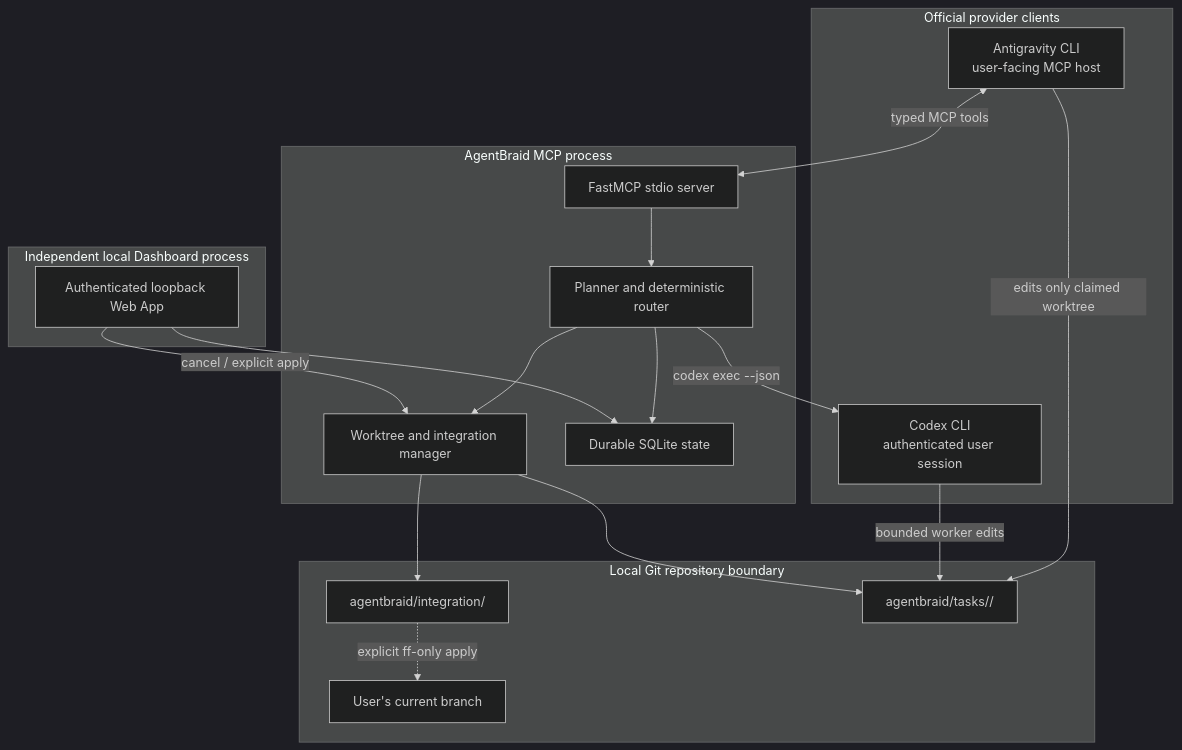
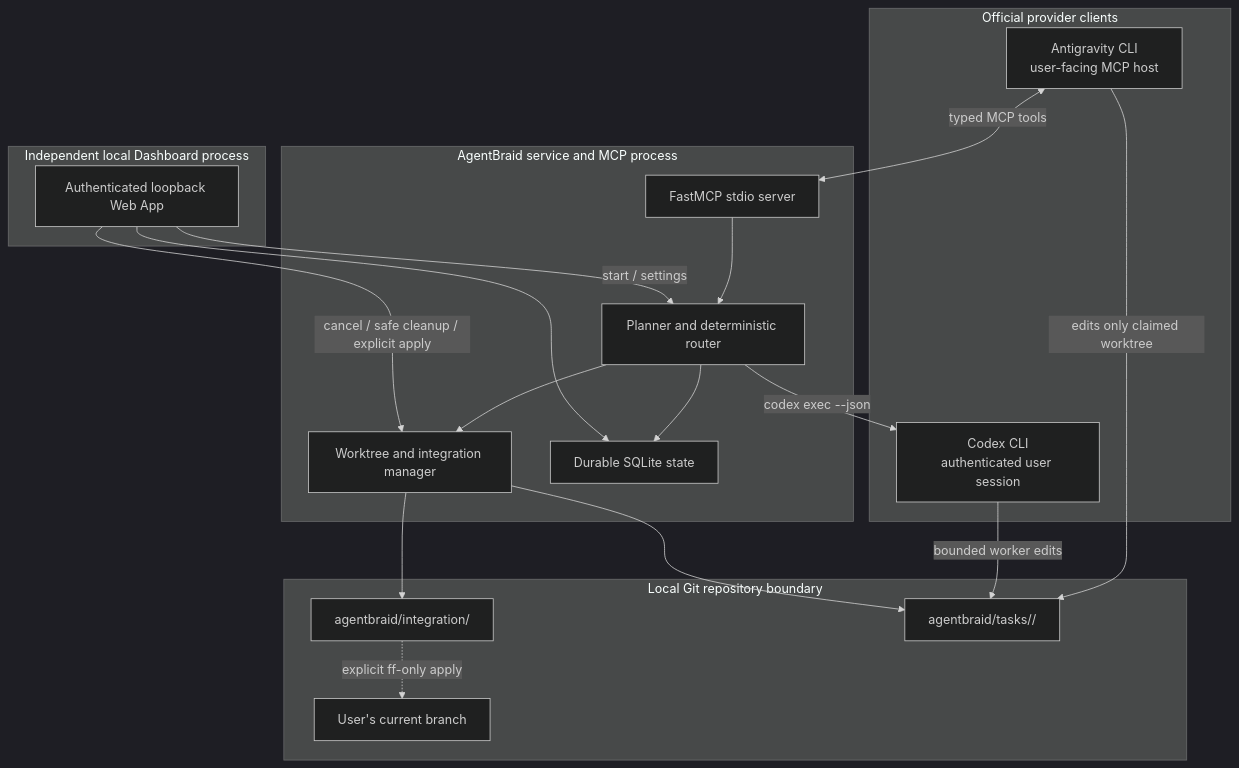
Before and after one commit to xuu33030/agentbraid: the first of 2 diagrams in ARCHITECTURE.md, drawn with Mermaid (dark theme). The commit also changed other lines of this file and 28 other files, not shown here.

````diff
--- a/ARCHITECTURE.md
+++ b/ARCHITECTURE.md
@@ -17,37 +17,38 @@
 ```mermaid
 flowchart TB
     subgraph clients["Official provider clients"]
         host["Antigravity CLI<br/>user-facing MCP host"]
         codex["Codex CLI<br/>authenticated user session"]
     end
 
-    subgraph agentbraid["AgentBraid MCP process"]
+    subgraph agentbraid["AgentBraid service and MCP process"]
         mcp["FastMCP stdio server"]
         scheduler["Planner and deterministic router"]
         integrator["Worktree and integration manager"]
         store["Durable SQLite state"]
     end
 
     subgraph dashboard_process["Independent local Dashboard process"]
         dashboard["Authenticated loopback Web App"]
     end
 
     subgraph repository["Local Git repository boundary"]
         primary["User's current branch"]
         integration["agentbraid/integration/<run>"]
         tasks["agentbraid/tasks/<run>/<task>"]
     end
 
     host <-->|"typed MCP tools"| mcp
     mcp --> scheduler
     scheduler -->|"codex exec --json"| codex
     scheduler --> store
     scheduler --> integrator
+    dashboard -->|"start / settings"| scheduler
     dashboard --> store
-    dashboard -->|"cancel / explicit apply"| integrator
+    dashboard -->|"cancel / safe cleanup / explicit apply"| integrator
     host -->|"edits only claimed worktree"| tasks
     codex -->|"bounded worker edits"| tasks
     integrator --> tasks
     integrator --> integration
     integration -.->|explicit ff-only apply| primary
 ```
````
